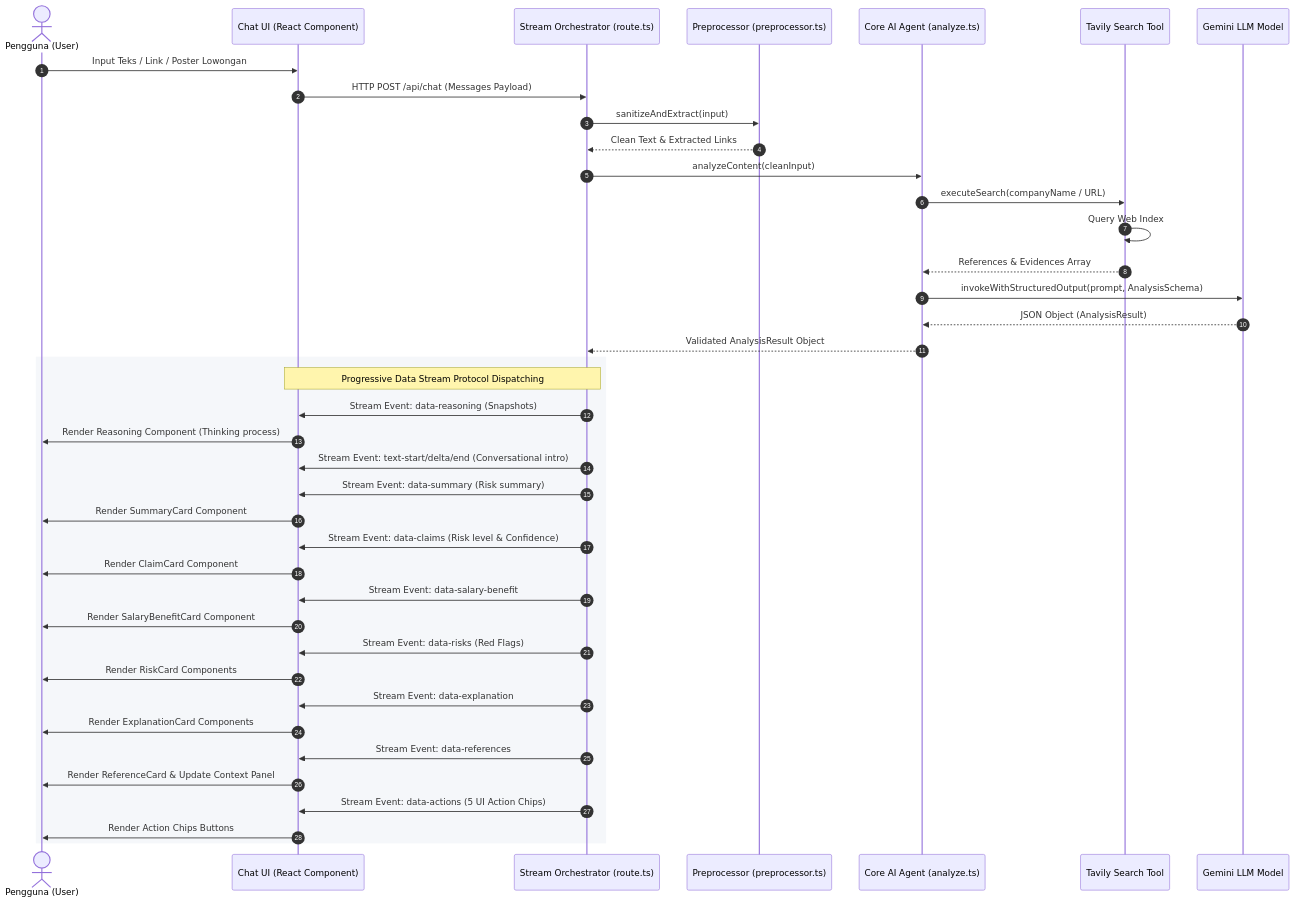
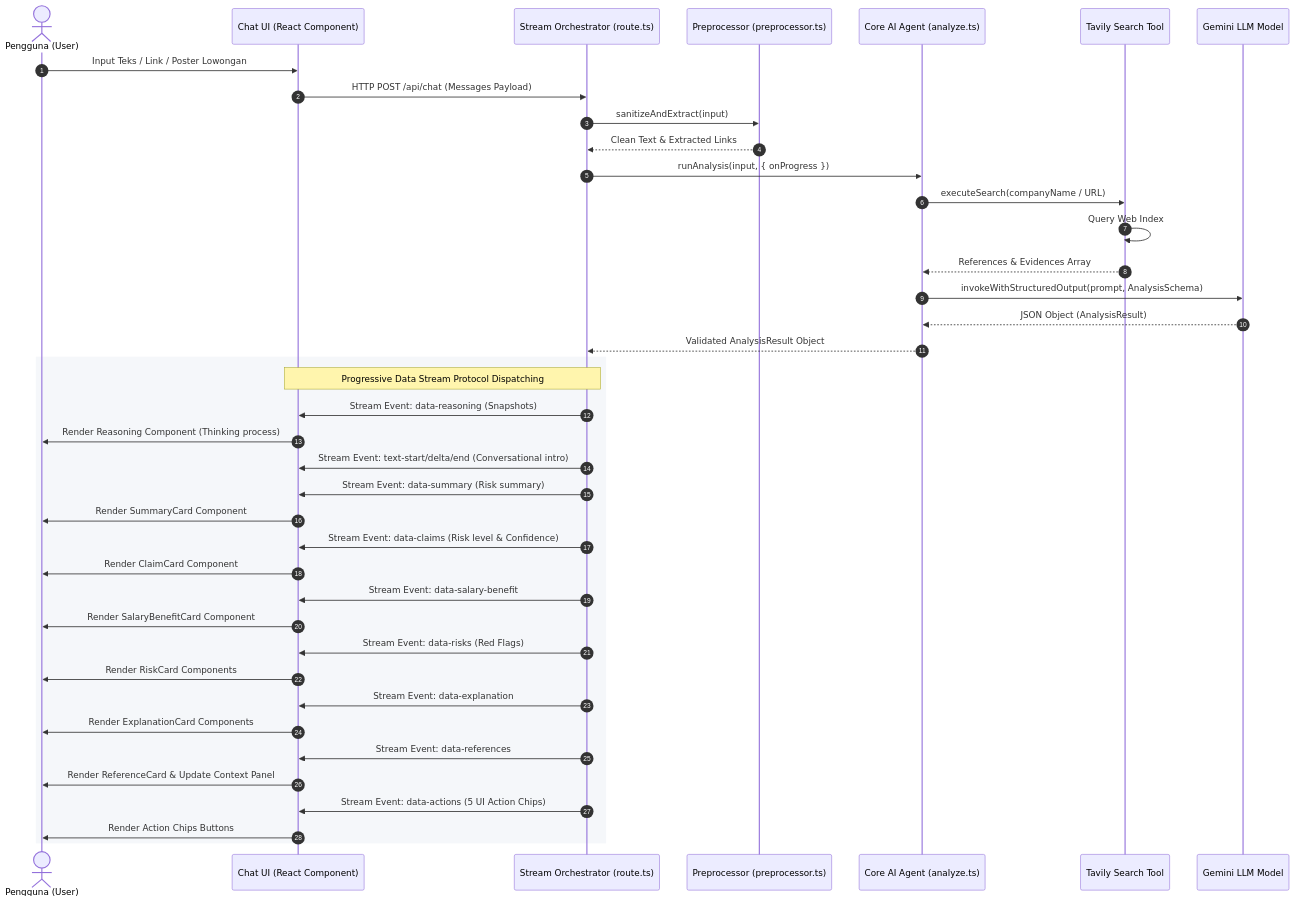
One commit to afifalhauzan/fact-checker changed the fifth of 7 diagrams in docs/C4_ARCHITECTURE_SPEC.md. Above: the diagram before and after it, drawn with Mermaid. The commit also changed 3 other files, not shown here.

````diff
--- a/docs/C4_ARCHITECTURE_SPEC.md
+++ b/docs/C4_ARCHITECTURE_SPEC.md
@@ -196,46 +196,46 @@
 ```mermaid
 sequenceDiagram
     autonumber
     actor User as Pengguna (User)
     participant UI as Chat UI (React Component)
     participant Route as Stream Orchestrator (route.ts)
     participant Pre as Preprocessor (preprocessor.ts)
     participant Agent as Core AI Agent (analyze.ts)
     participant Tool as Tavily Search Tool
     participant LLM as Gemini LLM Model
 
     User->>UI: Input Teks / Link / Poster Lowongan
     UI->>Route: HTTP POST /api/chat (Messages Payload)
     Route->>Pre: sanitizeAndExtract(input)
     Pre-->>Route: Clean Text & Extracted Links
     
-    Route->>Agent: analyzeContent(cleanInput)
+    Route->>Agent: runAnalysis(input, { onProgress })
     Agent->>Tool: executeSearch(companyName / URL)
     Tool->>Tool: Query Web Index
     Tool-->>Agent: References & Evidences Array
     
     Agent->>LLM: invokeWithStructuredOutput(prompt, AnalysisSchema)
     LLM-->>Agent: JSON Object (AnalysisResult)
     Agent-->>Route: Validated AnalysisResult Object
 
     rect rgb(245, 247, 250)
         note over Route, UI: Progressive Data Stream Protocol Dispatching
         Route->>UI: Stream Event: data-reasoning (Snapshots)
         UI->>User: Render Reasoning Component (Thinking process)
         Route->>UI: Stream Event: text-start/delta/end (Conversational intro)
         Route->>UI: Stream Event: data-summary (Risk summary)
         UI->>User: Render SummaryCard Component
         Route->>UI: Stream Event: data-claims (Risk level & Confidence)
         UI->>User: Render ClaimCard Component
         Route->>UI: Stream Event: data-salary-benefit
         UI->>User: Render SalaryBenefitCard Component
         Route->>UI: Stream Event: data-risks (Red Flags)
         UI->>User: Render RiskCard Components
         Route->>UI: Stream Event: data-explanation
         UI->>User: Render ExplanationCard Components
         Route->>UI: Stream Event: data-references
         UI->>User: Render ReferenceCard & Update Context Panel
         Route->>UI: Stream Event: data-actions (5 UI Action Chips)
         UI->>User: Render Action Chips Buttons
     end
 ```
````
